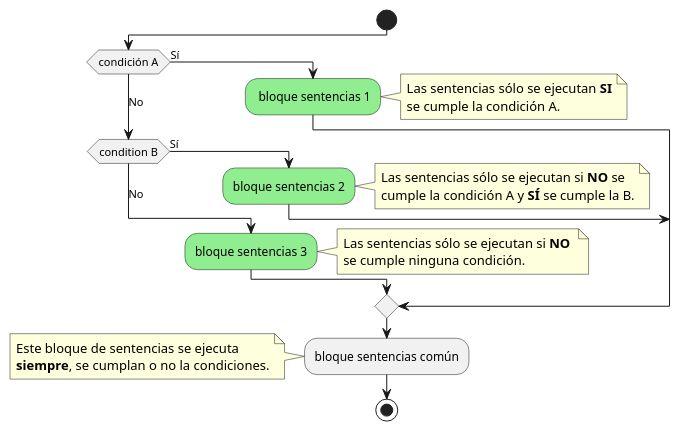
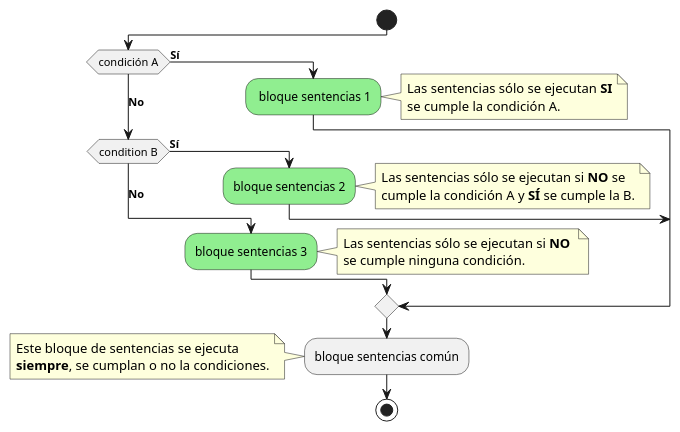
The fourth of 5 diagrams in UD6.md (javillegas2025/GBD), drawn with PlantUML before and after one commit. The commit also changed other lines of this file, not shown here.

````diff
--- a/UD6.md
+++ b/UD6.md
@@ -536,31 +551,31 @@
 ```puml {align="center", style="zoom:1"}
     @startuml
 !pragma useVerticalIf on
 start
-if (condición A) then (Sí)
+if (condición A) then (**Sí**)
 #lightgreen: bloque sentencias 1;
 note right
 Las sentencias sólo se ejecutan **SI**
 se cumple la condición A.
 end note
-(No) elseif (condition B) then (Sí)
+(**No**) elseif (condition B) then (**Sí**)
 #lightgreen:bloque sentencias 2;
 note right
 Las sentencias sólo se ejecutan si **NO** se
 cumple la condición A y **SÍ** se cumple la B.
 end note
-else (No)
+else (**No**)
 #lightgreen:bloque sentencias 3;
 note right
 Las sentencias sólo se ejecutan si **NO** 
 se cumple ninguna condición.
 end note
 end if
 :bloque sentencias común;
 note
 Este bloque de sentencias se ejecuta
 **siempre**, se cumplan o no la condiciones.
 end note
 stop
 @enduml
 ```
````
